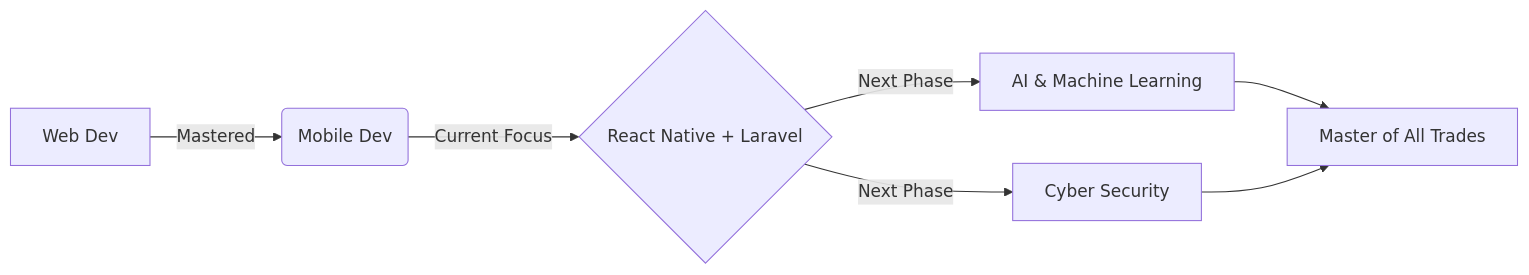
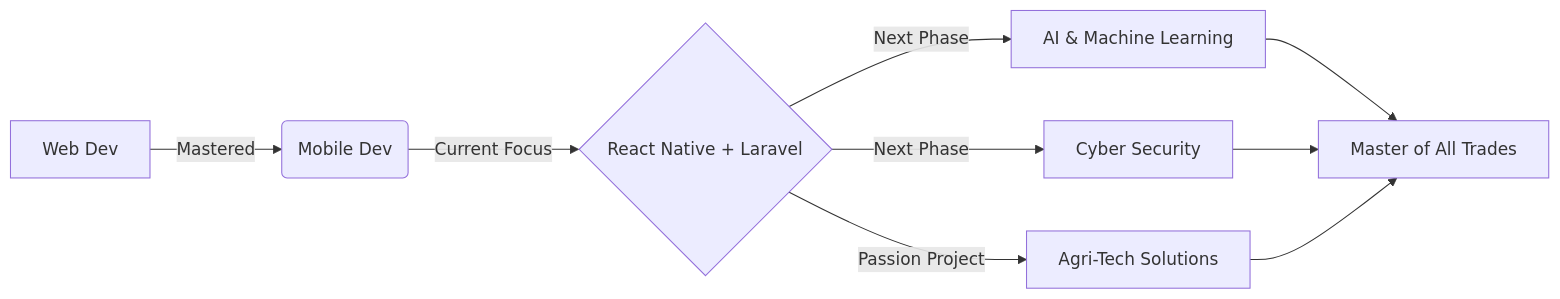
The diagram in README.md (johnboscocjt/johnboscocjt), drawn with Mermaid before and after one commit. The commit also changed other lines of this file, not shown here.

````diff
--- a/README.md
+++ b/README.md
@@ -152,8 +155,9 @@
 ```mermaid
 graph LR
     A[Web Dev] -->|Mastered| B(Mobile Dev)
     B -->|Current Focus| C{React Native + Laravel}
     C -->|Next Phase| D[AI & Machine Learning]
     C -->|Next Phase| E[Cyber Security]
-    D & E --> F[Master of All Trades]
+    C -->|Passion Project| F[Agri-Tech Solutions]
+    D & E & F --> G[Master of All Trades]
 ```
````
